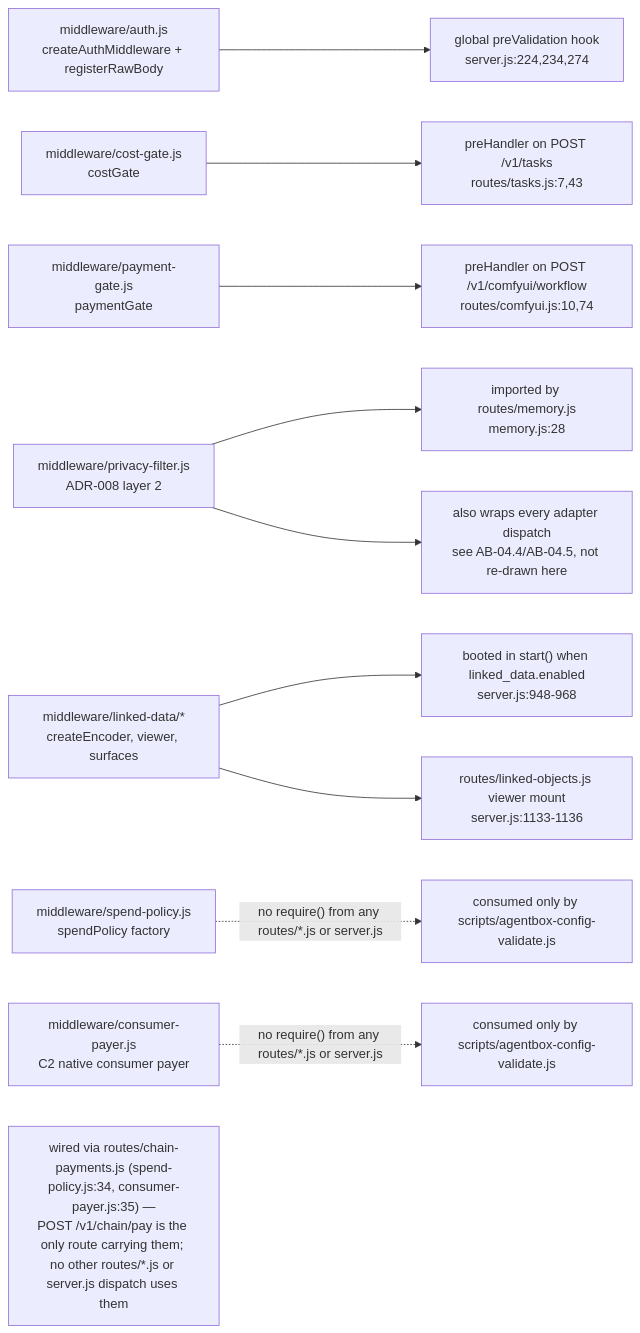
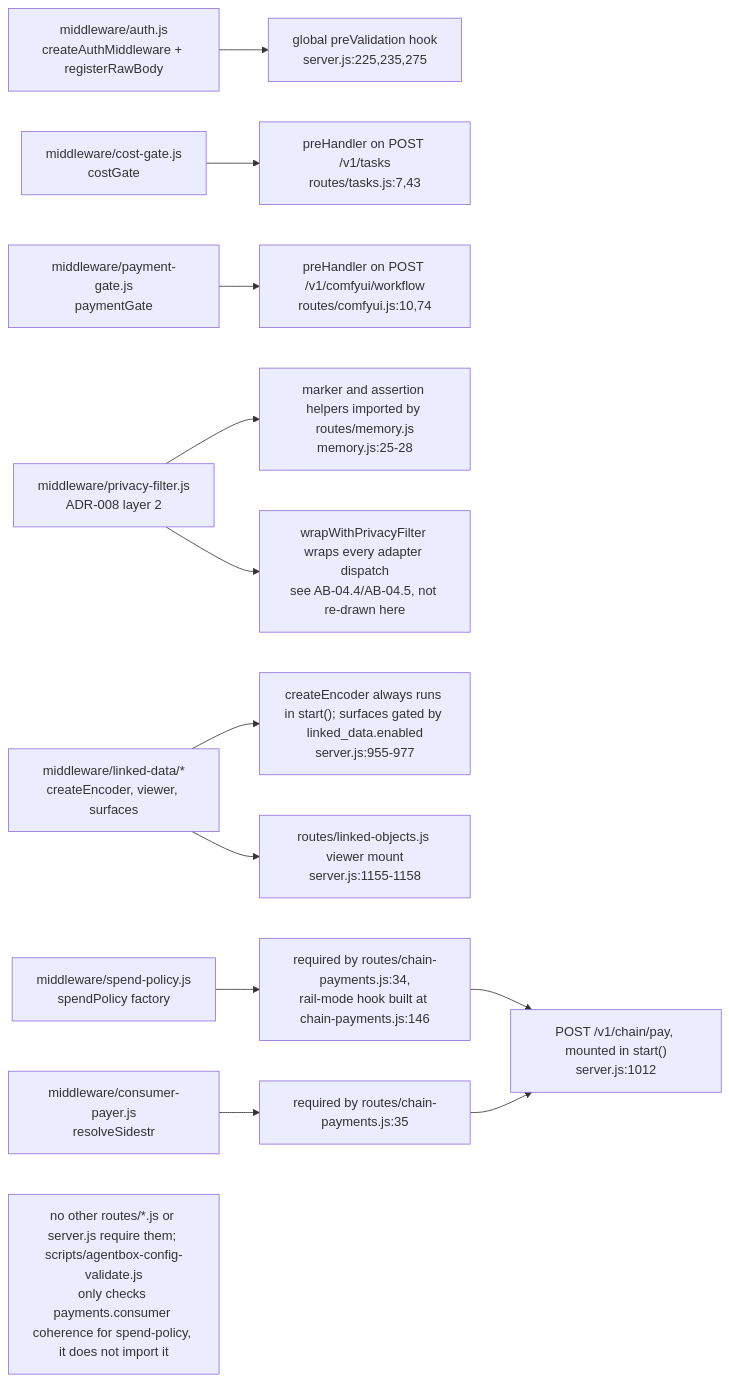
Diagram 16 of 17 in docs/diagrams/agentbox/03-management-api-request-lifecycle.md (DreamLab-AI/VisionFlow), drawn with Mermaid before and after one commit. The commit also changed other lines of this file and 173 other files, not shown here.

````diff
--- a/docs/diagrams/agentbox/03-management-api-request-lifecycle.md
+++ b/docs/diagrams/agentbox/03-management-api-request-lifecycle.md
@@ -622,13 +653,15 @@
 ```mermaid
 flowchart LR
-    A["middleware/auth.js<br/>createAuthMiddleware + registerRawBody"] --> A1["global preValidation hook<br/>server.js:224,234,274"]
+    A["middleware/auth.js<br/>createAuthMiddleware + registerRawBody"] --> A1["global preValidation hook<br/>server.js:225,235,275"]
     B["middleware/cost-gate.js<br/>costGate"] --> B1["preHandler on POST /v1/tasks<br/>routes/tasks.js:7,43"]
     C["middleware/payment-gate.js<br/>paymentGate"] --> C1["preHandler on POST /v1/comfyui/workflow<br/>routes/comfyui.js:10,74"]
-    D["middleware/privacy-filter.js<br/>ADR-008 layer 2"] --> D1["imported by routes/memory.js<br/>memory.js:28"]
-    D --> D2["also wraps every adapter dispatch<br/>see AB-04.4/AB-04.5, not re-drawn here"]
-    E["middleware/linked-data/*<br/>createEncoder, viewer, surfaces"] --> E1["booted in start() when linked_data.enabled<br/>server.js:948-968"]
-    E --> E2["routes/linked-objects.js viewer mount<br/>server.js:1133-1136"]
-    F["middleware/spend-policy.js<br/>spendPolicy factory"] -.->|"no require() from any routes/*.js or server.js"| F1["consumed only by scripts/agentbox-config-validate.js"]
-    G["middleware/consumer-payer.js<br/>C2 native consumer payer"] -.->|"no require() from any routes/*.js or server.js"| G1["consumed only by scripts/agentbox-config-validate.js"]
-    Note1["wired via routes/chain-payments.js (spend-policy.js:34, consumer-payer.js:35) —<br/>POST /v1/chain/pay is the only route carrying them; no other routes/*.js or server.js dispatch uses them"]
+    D["middleware/privacy-filter.js<br/>ADR-008 layer 2"] --> D1["marker and assertion helpers imported by routes/memory.js<br/>memory.js:25-28"]
+    D --> D2["wrapWithPrivacyFilter wraps every adapter dispatch<br/>see AB-04.4/AB-04.5, not re-drawn here"]
+    E["middleware/linked-data/*<br/>createEncoder, viewer, surfaces"] --> E1["createEncoder always runs in start(); surfaces gated by linked_data.enabled<br/>server.js:955-977"]
+    E --> E2["routes/linked-objects.js viewer mount<br/>server.js:1155-1158"]
+    F["middleware/spend-policy.js<br/>spendPolicy factory"] --> F1["required by routes/chain-payments.js:34,<br/>rail-mode hook built at chain-payments.js:146"]
+    G["middleware/consumer-payer.js<br/>resolveSidestr"] --> G1["required by routes/chain-payments.js:35"]
+    F1 --> R["POST /v1/chain/pay, mounted in start()<br/>server.js:1012"]
+    G1 --> R
+    Note1["no other routes/*.js or server.js require them; scripts/agentbox-config-validate.js<br/>only checks payments.consumer coherence for spend-policy, it does not import it"]
 ```
````
